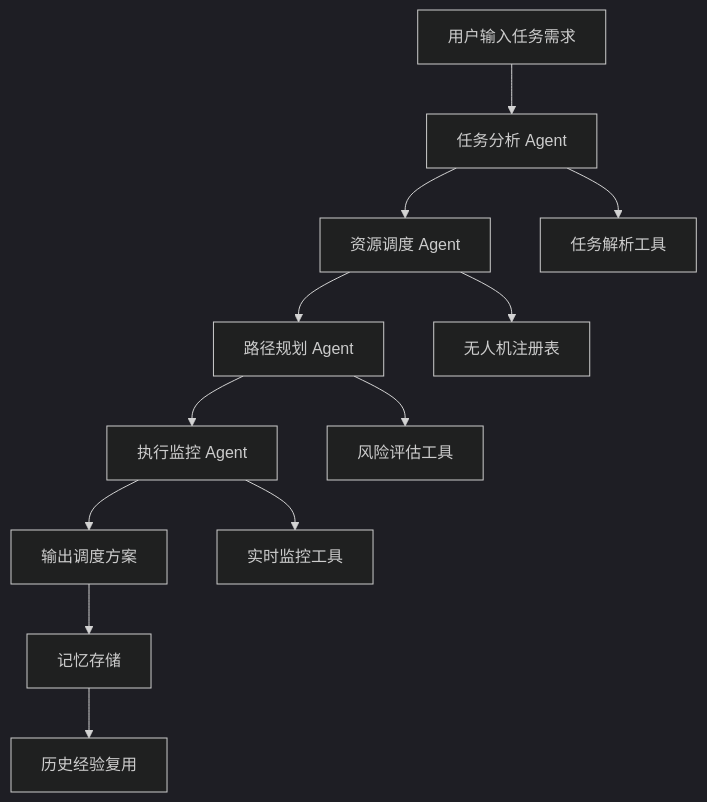
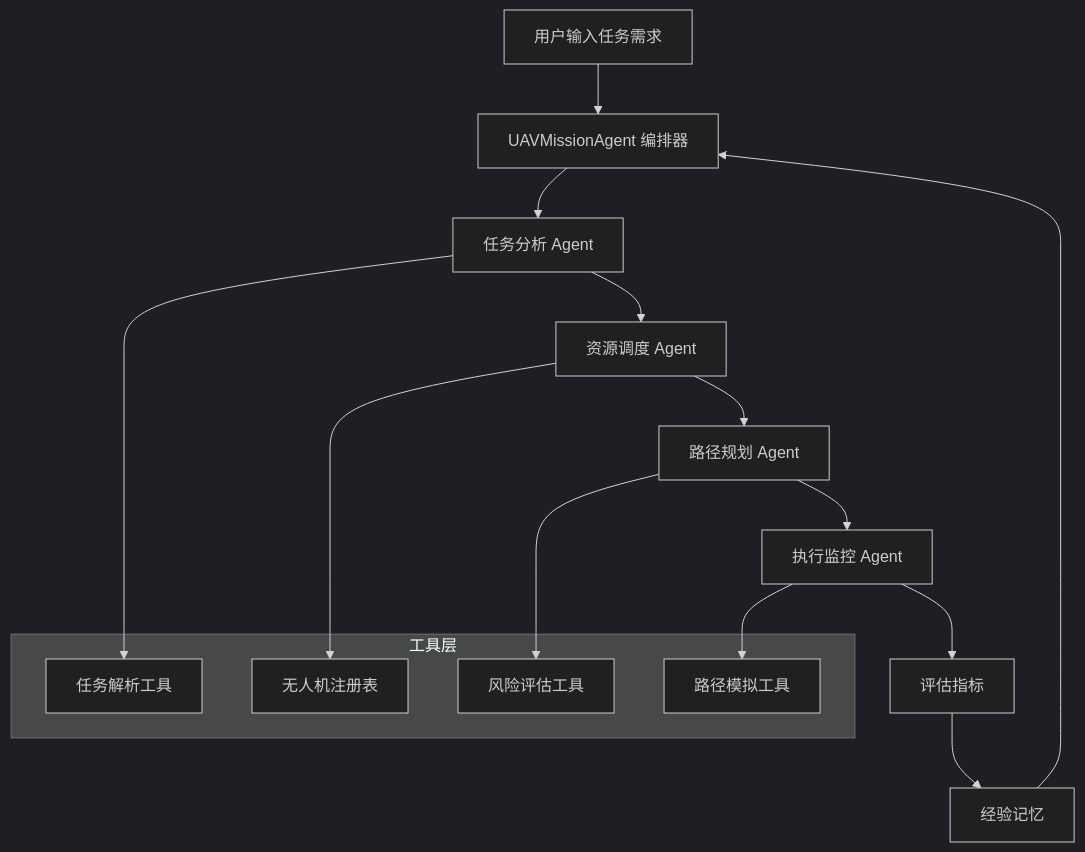
One commit to xseventeenq/cs599-project changed the diagram in README.md. Above: the diagram before and after it, drawn with Mermaid (dark theme). The commit also changed other lines of this file and 1 other file, not shown here.

````diff
--- a/README.md
+++ b/README.md
@@ -21,16 +37,23 @@
 ```mermaid
 graph TD
-    A[用户输入任务需求] --> B[任务分析 Agent]
-    B --> C[资源调度 Agent]
-    C --> D[路径规划 Agent]
-    D --> E[执行监控 Agent]
-    E --> F[输出调度方案]
+    User[用户输入任务需求] --> Orchestrator[UAVMissionAgent 编排器]
+    Orchestrator --> Analyzer[任务分析 Agent]
+    Analyzer --> Fleet[资源调度 Agent]
+    Fleet --> Route[路径规划 Agent]
+    Route --> Monitor[执行监控 Agent]
+    Monitor --> Metrics[评估指标]
+    Metrics --> Memory[经验记忆]
+    Memory --> Orchestrator
     
-    B --> G[任务解析工具]
-    C --> H[无人机注册表]
-    D --> I[风险评估工具]
-    E --> J[实时监控工具]
+    subgraph 工具层
+        TaskParser[任务解析工具]
+        DroneRegistry[无人机注册表]
+        RiskEstimator[风险评估工具]
+        RouteSimulator[路径模拟工具]
+    end
     
-    F --> K[记忆存储]
-    K --> L[历史经验复用]
+    Analyzer --> TaskParser
+    Fleet --> DroneRegistry
+    Route --> RiskEstimator
+    Monitor --> RouteSimulator
 ```
````
